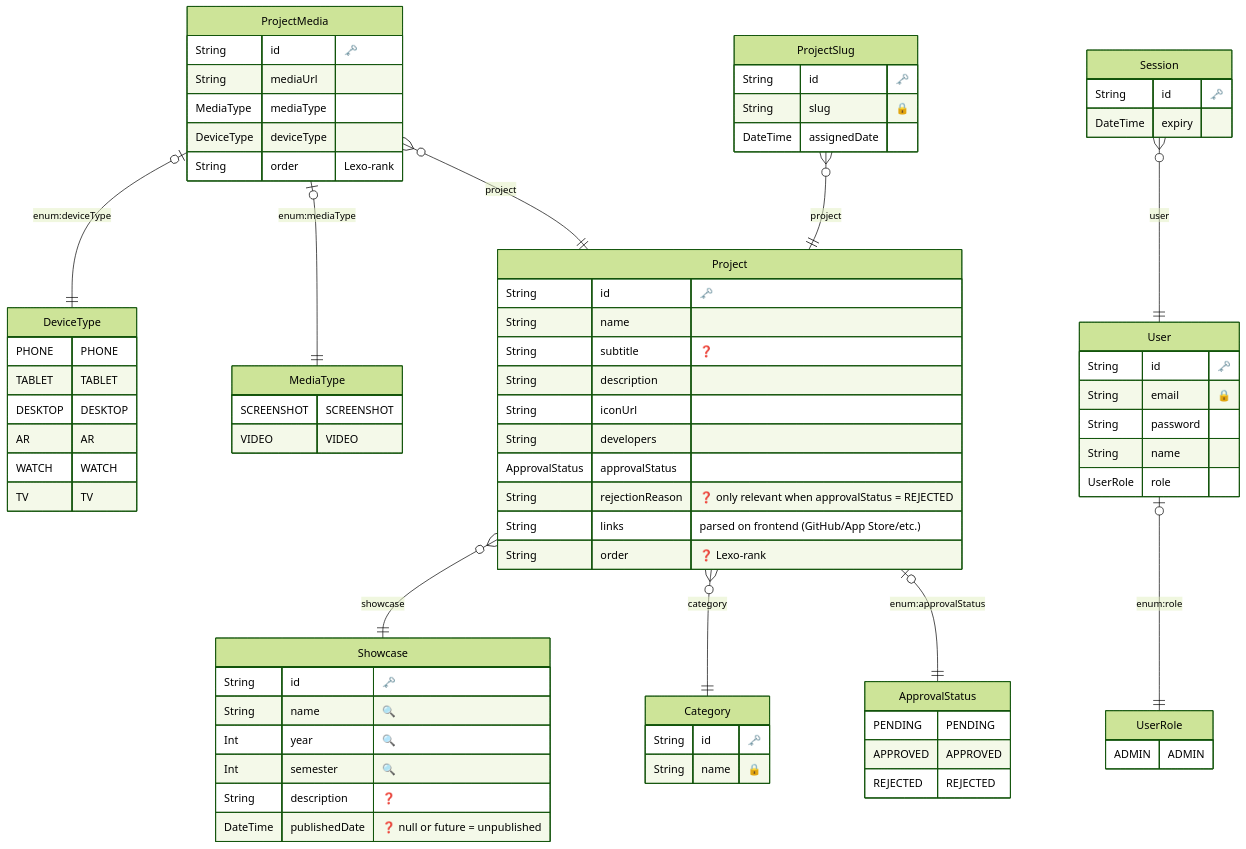
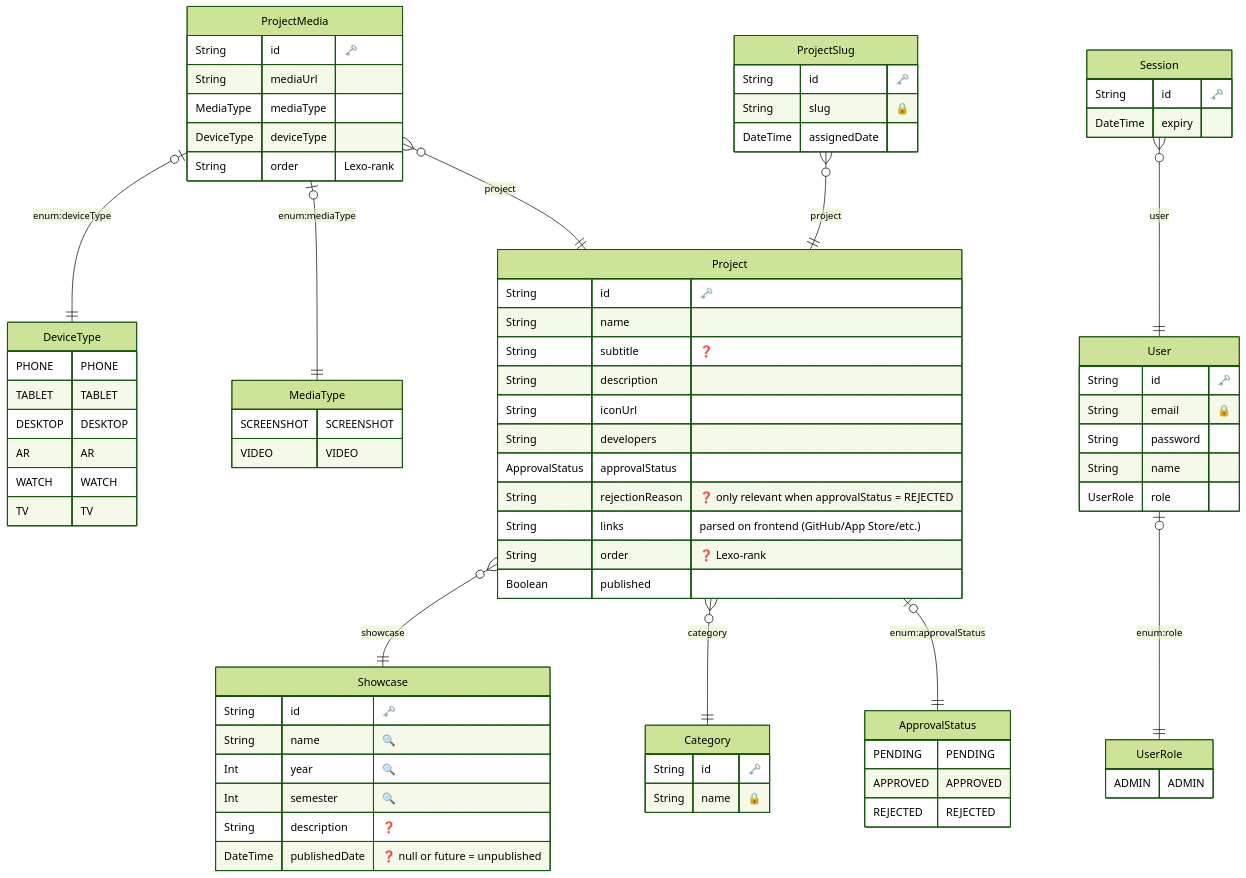
Before and after one commit to odisfm/hapi: the diagram in shared/prisma/ERD.md, drawn with Mermaid (forest theme). The commit also changed 42 other files, not shown here.

```diff
--- a/shared/prisma/ERD.md
+++ b/shared/prisma/ERD.md
@@ -73,6 +73,7 @@
     String rejectionReason "❓ only relevant when approvalStatus = REJECTED"
     String links "parsed on frontend (GitHub/App Store/etc.)"
     String order "❓ Lexo-rank"
+    Boolean published 
     }
   
 
```
